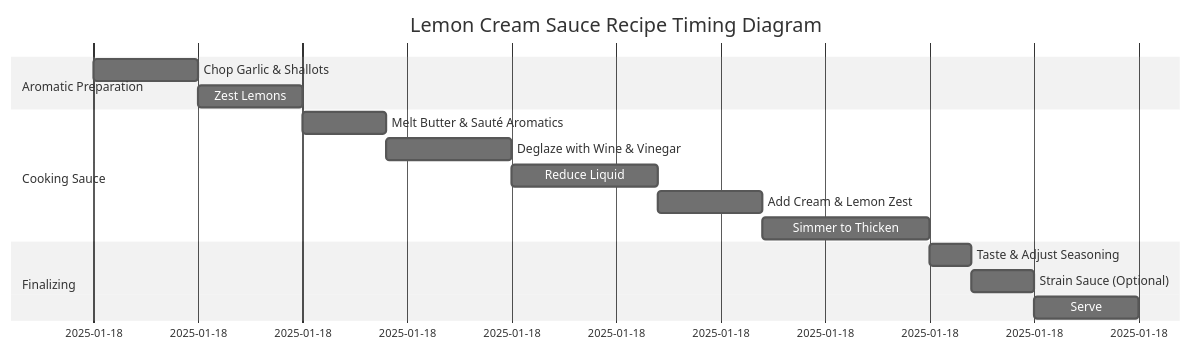
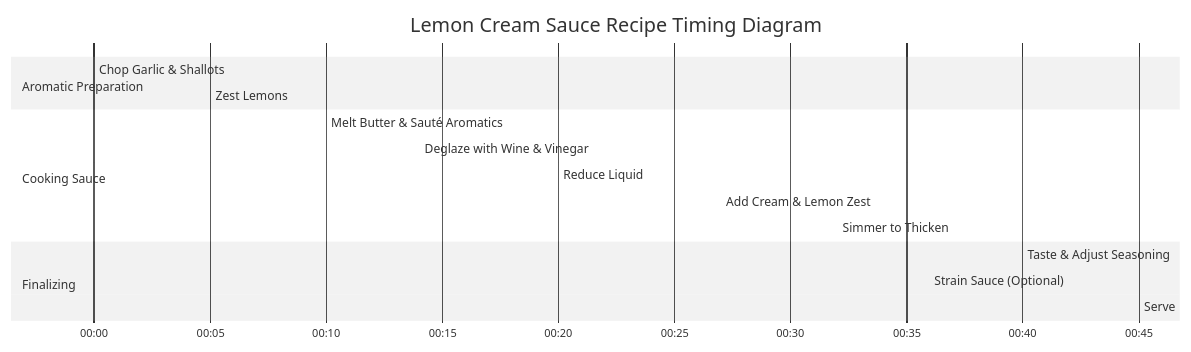
Before and after one commit to pramodhegde/recipes: the diagram in lemon-cream-sauce.md, drawn with Mermaid (neutral theme). The commit also changed 2 other files, not shown here.

Commit message:
Fix timimg diagrams to have explicit time intervals (#6)

````diff
--- a/lemon-cream-sauce.md
+++ b/lemon-cream-sauce.md
@@ -59,20 +59,22 @@
 ```mermaid
 gantt
     title Lemon Cream Sauce Recipe Timing Diagram
+    
     dateFormat  HH:mm
+    axisFormat  %H:%M
     section Aromatic Preparation
-    Chop Garlic & Shallots:            00:00, 00:05
-    Zest Lemons:                       00:05, 00:10
+    Chop Garlic & Shallots:            00:00, 00:05  done  t("Chop garlic & shallots")
+    Zest Lemons:                       00:05, 00:10  done  t("Zest lemons")
 
     section Cooking Sauce
-    Melt Butter & Sauté Aromatics:     00:10, 00:14
-    Deglaze with Wine & Vinegar:       00:14, 00:20
-    Reduce Liquid:                     00:20, 00:27
-    Add Cream & Lemon Zest:            00:27, 00:32
-    Simmer to Thicken:                 00:32, 00:40
+    Melt Butter & Sauté Aromatics:     00:10, 00:14  done  t("Melt butter & sauté aromatics")
+    Deglaze with Wine & Vinegar:       00:14, 00:20  done  t("Deglaze with wine & vinegar")
+    Reduce Liquid:                     00:20, 00:27  active  t("Reduce liquid")
+    Add Cream & Lemon Zest:            00:27, 00:32  active  t("Add cream and lemon zest")
+    Simmer to Thicken:                 00:32, 00:40  active  t("Simmer to thicken")
 
     section Finalizing
-    Taste & Adjust Seasoning:          00:40, 00:42
-    Strain Sauce (Optional):           00:42, 00:45
-    Serve:                             00:45, 00:50
+    Taste & Adjust Seasoning:          00:40, 00:42  done  t("Taste & adjust seasoning")
+    Strain Sauce (Optional):           00:42, 00:45  done  t("Strain sauce (optional)")
+    Serve:                             00:45, 00:50  done  t("Serve")
 ```
````
